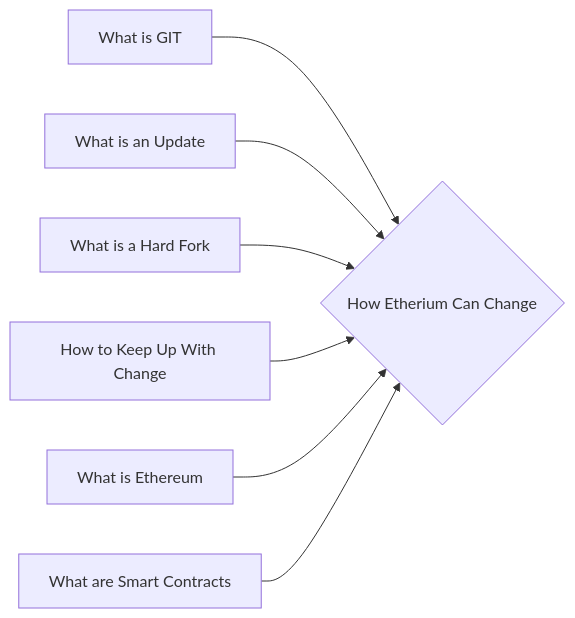
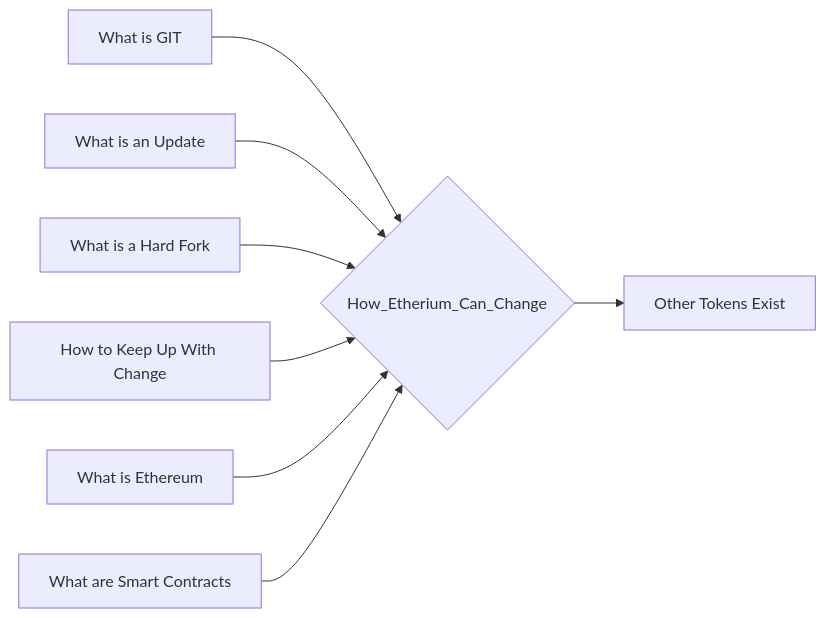
The diagram in notes/How_Etherium_Can_Change.md (lpurdy01/crypto-knowledge-map), drawn with Mermaid before and after one commit. The commit also changed 161 other files, not shown here.

````diff
--- a/notes/How_Etherium_Can_Change.md
+++ b/notes/How_Etherium_Can_Change.md
@@ -21,9 +21,10 @@
 ```mermaid
 graph LR
-1["What is GIT"]-->0{"How Etherium Can Change"}
-2["What is an Update"]-->0{"How Etherium Can Change"}
-3["What is a Hard Fork"]-->0{"How Etherium Can Change"}
-4["How to Keep Up With Change"]-->0{"How Etherium Can Change"}
-5["What is Ethereum"]-->0{"How Etherium Can Change"}
-6["What are Smart Contracts"]-->0{"How Etherium Can Change"}
+1["What is GIT"]-->0{"How_Etherium_Can_Change"}
+2["What is an Update"]-->0{"How_Etherium_Can_Change"}
+3["What is a Hard Fork"]-->0{"How_Etherium_Can_Change"}
+4["How to Keep Up With Change"]-->0{"How_Etherium_Can_Change"}
+5["What is Ethereum"]-->0{"How_Etherium_Can_Change"}
+6["What are Smart Contracts"]-->0{"How_Etherium_Can_Change"}
+0{"How_Etherium_Can_Change"}-->7["Other Tokens Exist"]
 ```
````
